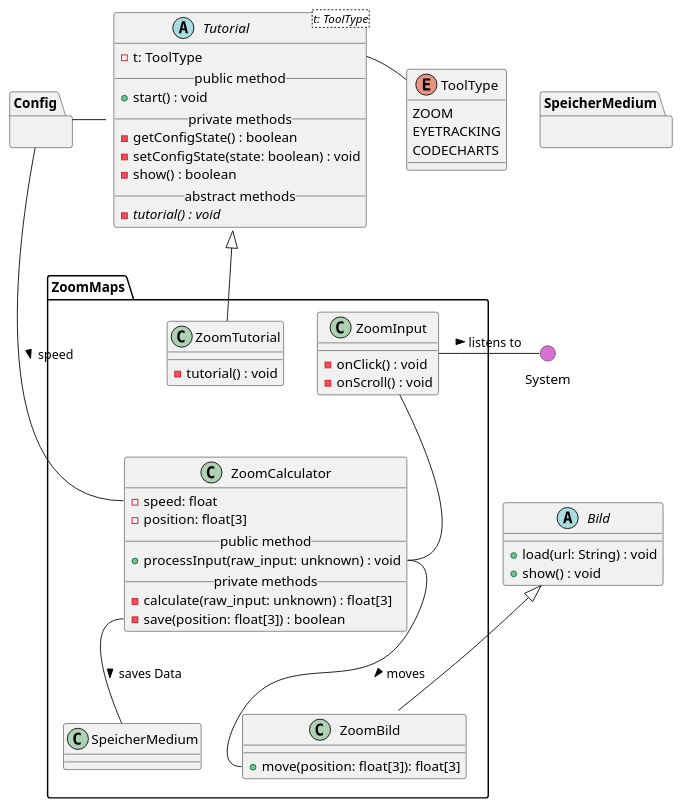
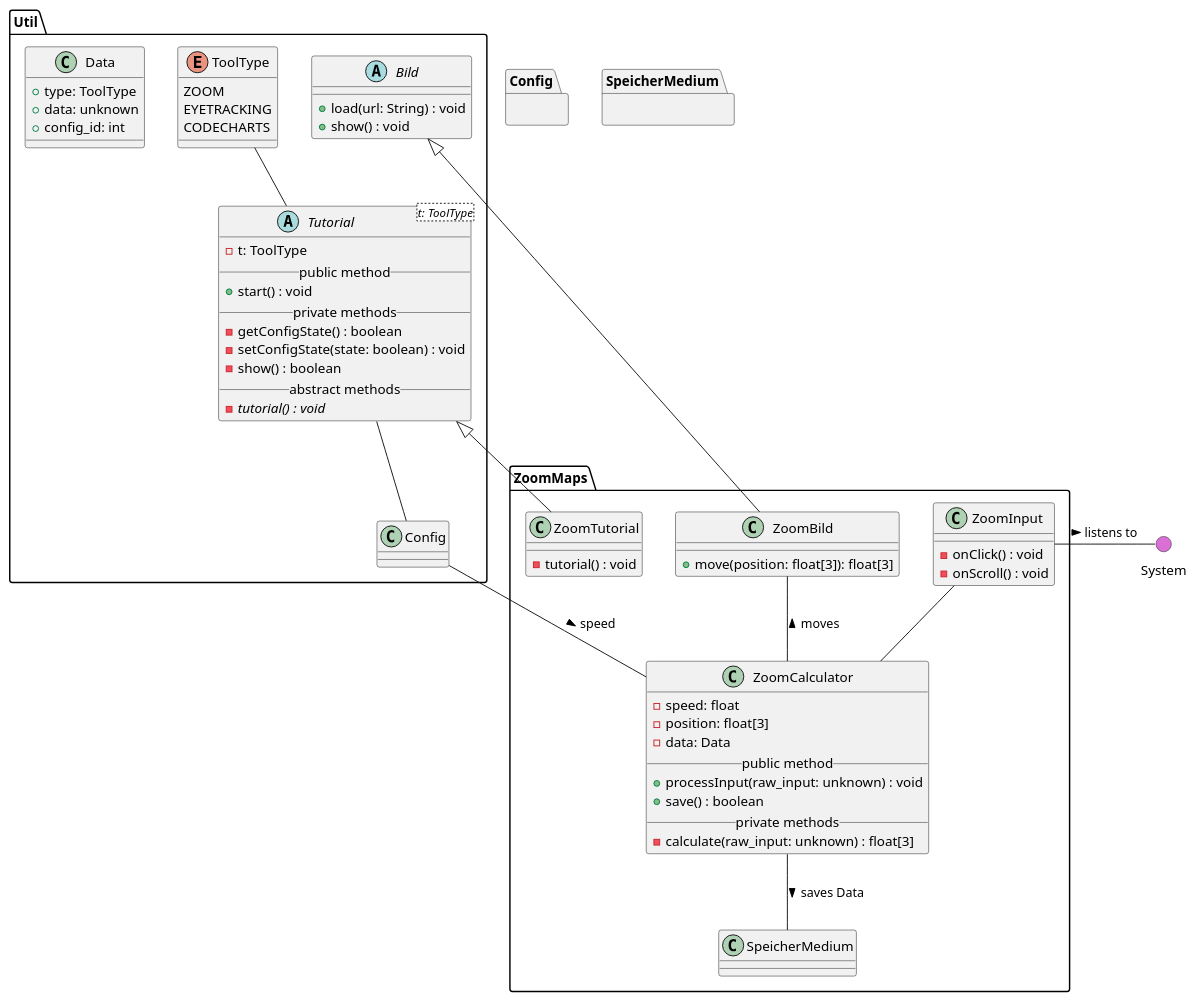
One commit to weichware10/meilensteine changed the diagram in meilenstein_03/uml-zoommaps/zoommaps.puml. Above: the diagram before and after it, drawn with PlantUML. The commit also changed 1 other file, not shown here.

Commit message:
Util, Data, allgemeine Schönheits-OP

```diff
--- a/meilenstein_03/uml-zoommaps/zoommaps.puml
+++ b/meilenstein_03/uml-zoommaps/zoommaps.puml
@@ -1,88 +1,99 @@
 @startuml zoommaps
 ' skinparam backgroundColor transparent
 () System #DA70D5
 top to bottom direction
 
-' --- TUTORIAL ---
-abstract Tutorial<t: ToolType> {
-  - t: ToolType
-  __public method__
-  + start() : void
-  __private methods__
-  - getConfigState() : boolean
-  - setConfigState(state: boolean) : void
-  - show() : boolean
-  __abstract methods__
-  - {abstract} tutorial() : void
+package Util {
+    ' --- TUTORIAL ---
+    abstract Tutorial<t: ToolType> {
+      - t: ToolType
+      __public method__
+      + start() : void
+      __private methods__
+      - getConfigState() : boolean
+      - setConfigState(state: boolean) : void
+      - show() : boolean
+      __abstract methods__
+      - {abstract} tutorial() : void
+    }
+
+    enum ToolType {
+      ZOOM
+      EYETRACKING
+      CODECHARTS
+    }
+
+    ' Interaktionen
+    Tutorial -u- ToolType
+    Tutorial -d- Config
+
+
+    ' --- BILD ---
+
+    abstract Bild {
+      + load(url: String) : void
+      + show() : void
+    }
+
+    class Data {
+        + type: ToolType
+        + data: unknown
+        + config_id: int
+    }
 }
 
-enum ToolType {
-  ZOOM
-  EYETRACKING
-  CODECHARTS
-}
 
-' Interaktionen
-Tutorial::t -r- ToolType
-Tutorial -l- Config
-
-
-' --- BILD ---
-
-abstract Bild {
-  + load(url: String) : void
-  + show() : void
-}
 
 ' === ZOOM MAPS ===
 package ZoomMaps {
 
     ' Zoom Input
     class ZoomInput {
         - onClick() : void
         - onScroll() : void
     }
 
-    ' Zoom Tutorial 
+    ' Zoom Tutorial
     class ZoomTutorial {
         - tutorial() : void
     }
-  
+
     ' Zoom Calculator
     class ZoomCalculator {
         - speed: float
         - position: float[3]
+        - data: Data
         __public method__
         + processInput(raw_input: unknown) : void
+        + save() : boolean
         __private methods__
         - calculate(raw_input: unknown) : float[3]
-        - save(position: float[3]) : boolean
     }
 
     ' Zoom Bild
     class ZoomBild {
         + move(position: float[3]): float[3]
     }
 
 
     ' Vererbungen
     Bild <|-- ZoomBild
     Tutorial <|-- ZoomTutorial
 
     ' Interaktionen
-    ZoomInput -- ZoomCalculator::processInput
-    ZoomCalculator::processInput  -- ZoomBild::move : > moves
+    ZoomInput -d- ZoomCalculator
+    ZoomCalculator  -u- ZoomBild : > moves
 
     ' Andere Module
-    ZoomCalculator::save -- SpeicherMedium : > saves Data
-    ZoomCalculator::speed -l- Config : < speed
+    ZoomCalculator -- SpeicherMedium : > saves Data
+    ZoomCalculator -l- Config : < speed
     ZoomInput -r- System : > listens to
-  
+
 }
 
 ' Blackboxen / Andere Module
 package Config {}
 
 package SpeicherMedium {}
 
 @enduml
```
